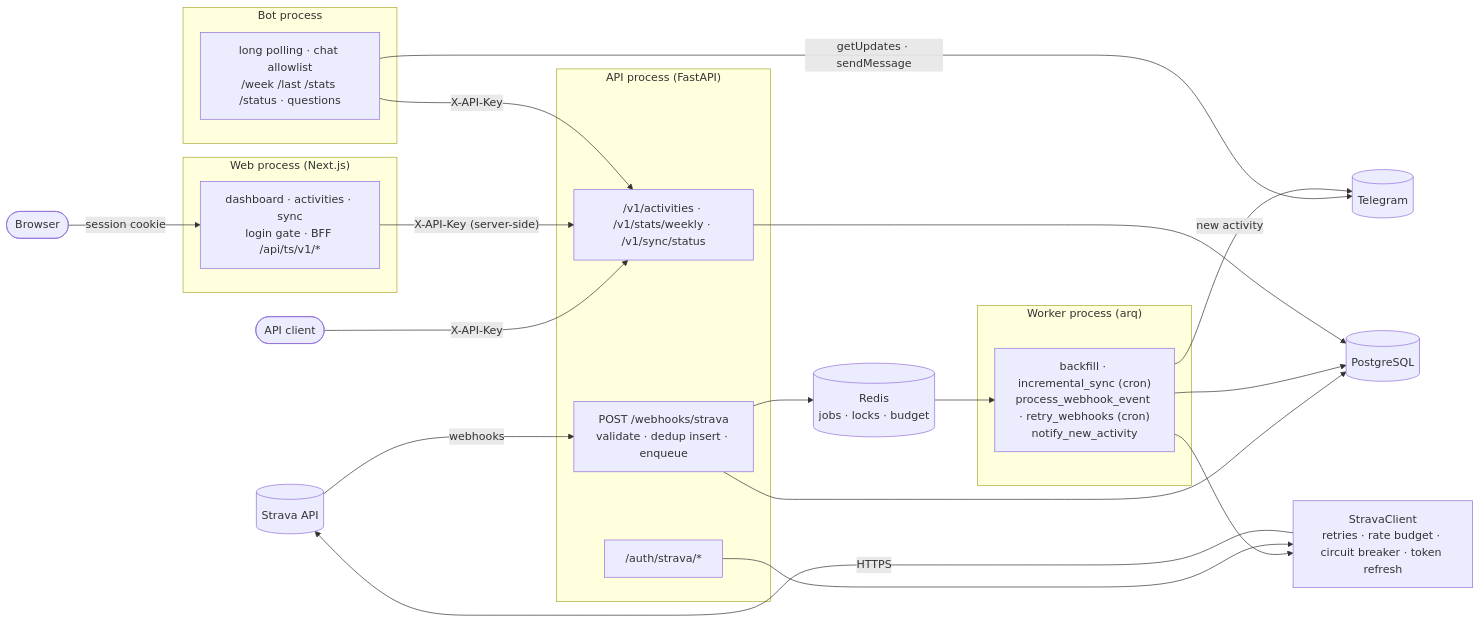
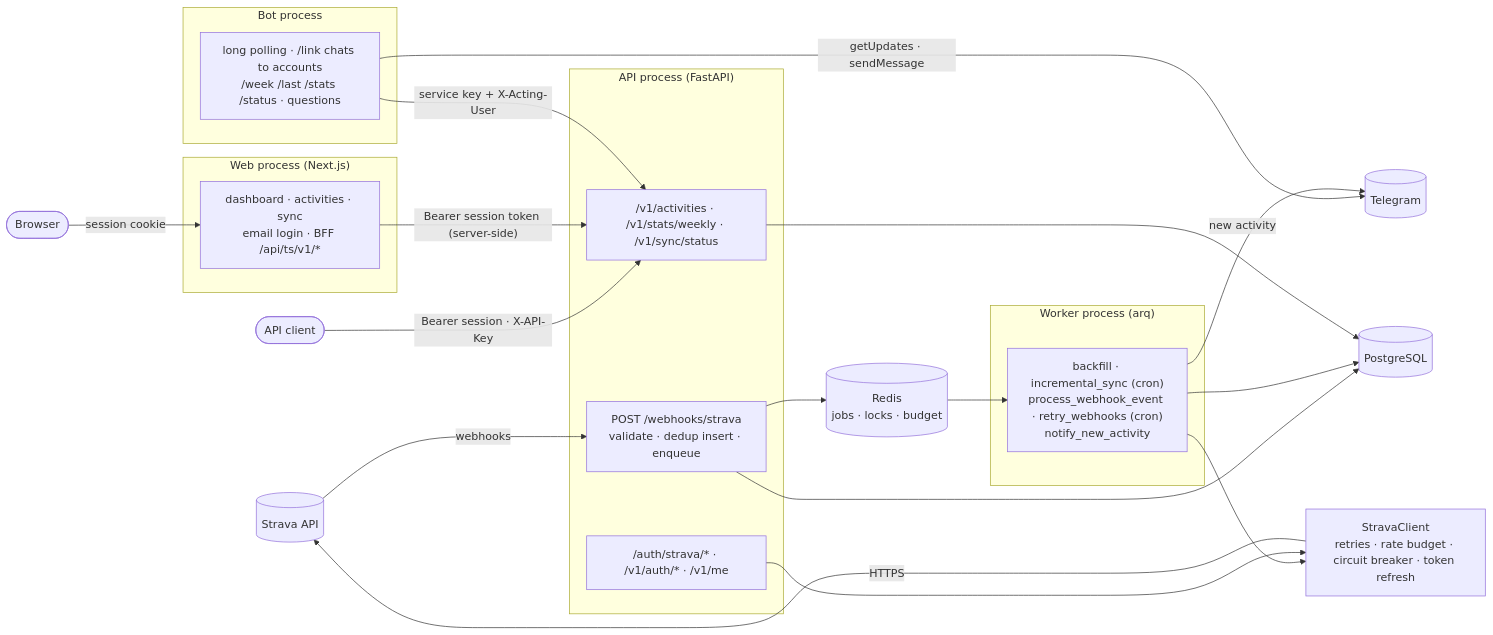
One commit to umutaydins/trainsync changed the diagram in README.md. Above: the diagram before and after it, drawn with Mermaid. The commit also changed other lines of this file and 8 other files, not shown here.

Commit message:
P8.8 docs: accounts, Telegram linking, auth modes, tenancy data model, diagrams (ER, components, sign-up/login and /link sequences), env tables, Strava athlete capacity, layout; the bot links on the dashboard's /start CODE deep link

````diff
--- a/README.md
+++ b/README.md
@@ -51,39 +55,39 @@
 ```mermaid
 flowchart LR
     strava[("Strava API")]
     you(["API client"])
     browser(["Browser"])
     tg[("Telegram")]
     subgraph web["Web process (Next.js)"]
-        pages["dashboard · activities · sync<br/>login gate · BFF /api/ts/v1/*"]
+        pages["dashboard · activities · sync<br/>email login · BFF /api/ts/v1/*"]
     end
     subgraph bot["Bot process"]
-        cmds["long polling · chat allowlist<br/>/week /last /stats /status · questions"]
+        cmds["long polling · /link chats to accounts<br/>/week /last /stats /status · questions"]
     end
     subgraph api["API process (FastAPI)"]
         hooks["POST /webhooks/strava<br/>validate · dedup insert · enqueue"]
         read["/v1/activities · /v1/stats/weekly · /v1/sync/status"]
-        auth["/auth/strava/*"]
+        auth["/auth/strava/* · /v1/auth/* · /v1/me"]
     end
     subgraph worker["Worker process (arq)"]
         jobs["backfill · incremental_sync (cron)<br/>process_webhook_event · retry_webhooks (cron)<br/>notify_new_activity"]
     end
     client["StravaClient<br/>retries · rate budget · circuit breaker · token refresh"]
     pg[("PostgreSQL")]
     redis[("Redis<br/>jobs · locks · budget")]
     strava -- "webhooks" --> hooks
     hooks --> pg
     hooks --> redis
     redis --> jobs
     jobs --> client
     auth --> client
     client -- "HTTPS" --> strava
     jobs --> pg
-    you -- "X-API-Key" --> read
+    you -- "Bearer session · X-API-Key" --> read
     read --> pg
     browser -- "session cookie" --> pages
-    pages -- "X-API-Key (server-side)" --> read
+    pages -- "Bearer session token (server-side)" --> read
     cmds -- "getUpdates · sendMessage" --> tg
-    cmds -- "X-API-Key" --> read
+    cmds -- "service key + X-Acting-User" --> read
     jobs -- "new activity" --> tg
 ```
````
